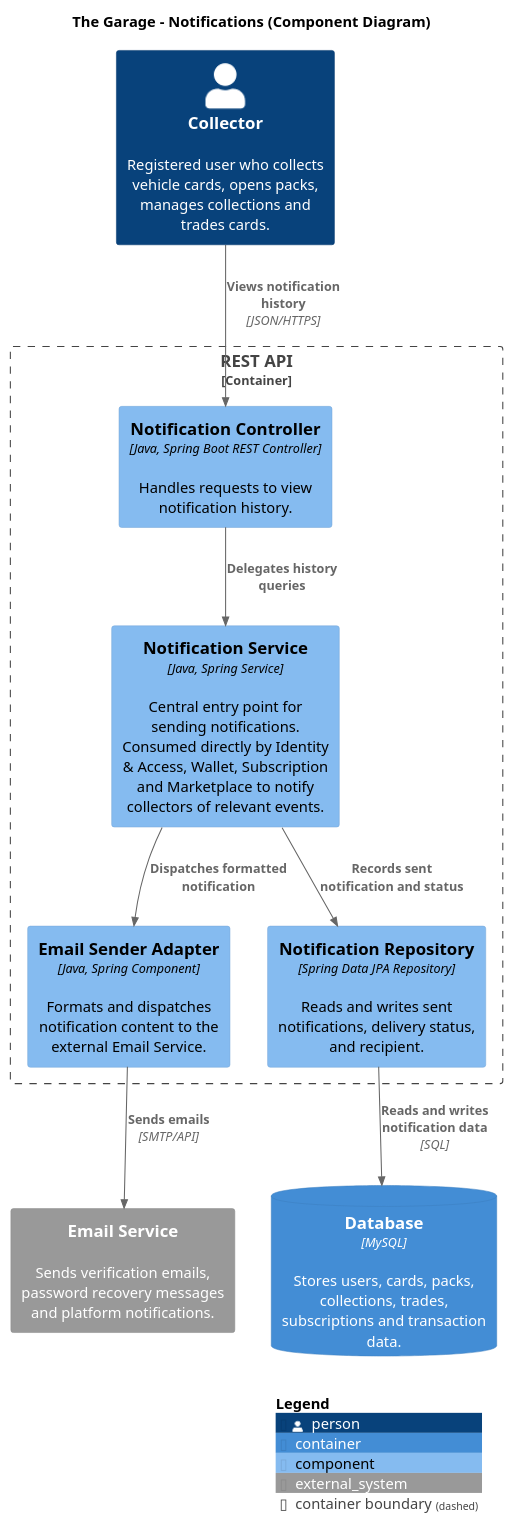
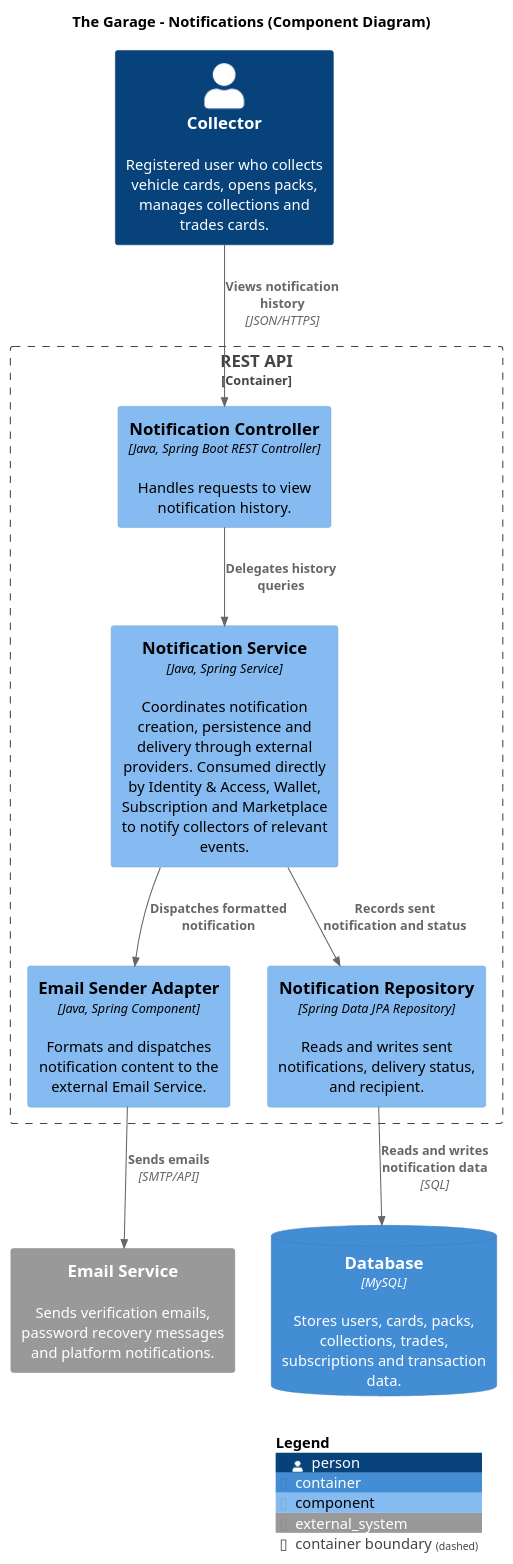
One commit to the-garage-studio/the-garage-c4-model-design changed the diagram in diagrams/ComponentDiagrams/Notifications-ComponentDiagram.puml. Above: the diagram before and after it, drawn with PlantUML.

Commit message:
feat: update some description in the Notification component diagram with a description in the notification service

```diff
--- a/diagrams/ComponentDiagrams/Notifications-ComponentDiagram.puml
+++ b/diagrams/ComponentDiagrams/Notifications-ComponentDiagram.puml
@@ -1,36 +1,36 @@
 @startuml Notifications_ComponentDiagram
 !include https://raw.githubusercontent.com/plantuml-stdlib/C4-PlantUML/master/C4_Component.puml
 
 LAYOUT_WITH_LEGEND()
 
 title The Garage - Notifications (Component Diagram)
 
 Person(collector, "Collector", "Registered user who collects vehicle cards, opens packs, manages collections and trades cards.")
 
 System_Ext(email, "Email Service", "Sends verification emails, password recovery messages and platform notifications.")
 
 Container_Boundary(api, "REST API") {
 
     Component(notification_controller, "Notification Controller", "Java, Spring Boot REST Controller", "Handles requests to view notification history.")
 
-    Component(notification_service, "Notification Service", "Java, Spring Service", "Central entry point for sending notifications. Consumed directly by Identity & Access, Wallet, Subscription and Marketplace to notify collectors of relevant events.")
+    Component(notification_service, "Notification Service", "Java, Spring Service", "Coordinates notification creation, persistence and delivery through external providers. Consumed directly by Identity & Access, Wallet, Subscription and Marketplace to notify collectors of relevant events.")
     Component(email_sender_adapter, "Email Sender Adapter", "Java, Spring Component", "Formats and dispatches notification content to the external Email Service.")
 
     Component(notification_repository, "Notification Repository", "Spring Data JPA Repository", "Reads and writes sent notifications, delivery status, and recipient.")
 }
 
 ContainerDb(database, "Database", "MySQL", "Stores users, cards, packs, collections, trades, subscriptions and transaction data.")
 
 Rel(collector, notification_controller, "Views notification history", "JSON/HTTPS")
 
 Rel(notification_controller, notification_service, "Delegates history queries")
 
 Rel(notification_service, email_sender_adapter, "Dispatches formatted notification")
 Rel(notification_service, notification_repository, "Records sent notification and status")
 
 Rel(email_sender_adapter, email, "Sends emails", "SMTP/API")
 
 Rel(notification_repository, database, "Reads and writes notification data", "SQL")
 
 SHOW_LEGEND()
 @enduml
```
